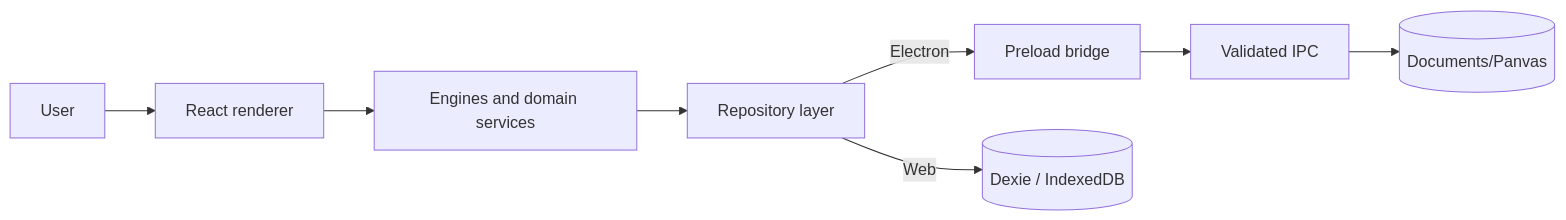
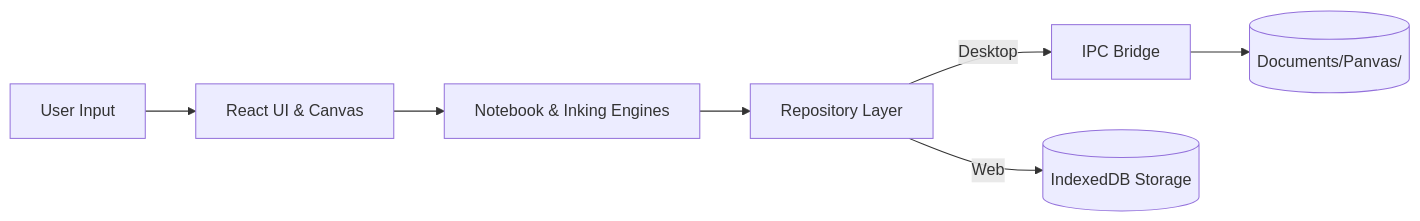
One commit to PanvasHQ/Panvas changed the diagram in README.md. Above: the diagram before and after it, drawn with Mermaid. The commit also changed other lines of this file, not shown here.

````diff
--- a/README.md
+++ b/README.md
@@ -68,10 +123,8 @@
 ```mermaid
 flowchart LR
-    User[User] --> Renderer[React renderer]
-    Renderer --> Services[Engines and domain services]
-    Services --> Repositories[Repository layer]
-    Repositories -->|Electron| Bridge[Preload bridge]
-    Bridge --> IPC[Validated IPC]
-    IPC --> Files[(Documents/Panvas)]
-    Repositories -->|Web| IndexedDB[(Dexie / IndexedDB)]
+    User[User Input] --> UI[React UI & Canvas]
+    UI --> Engine[Notebook & Inking Engines]
+    Engine --> Repos[Repository Layer]
+    Repos -->|Desktop| IPC[IPC Bridge] --> Files[(Documents/Panvas/)]
+    Repos -->|Web| Dexie[(IndexedDB Storage)]
 ```
````
